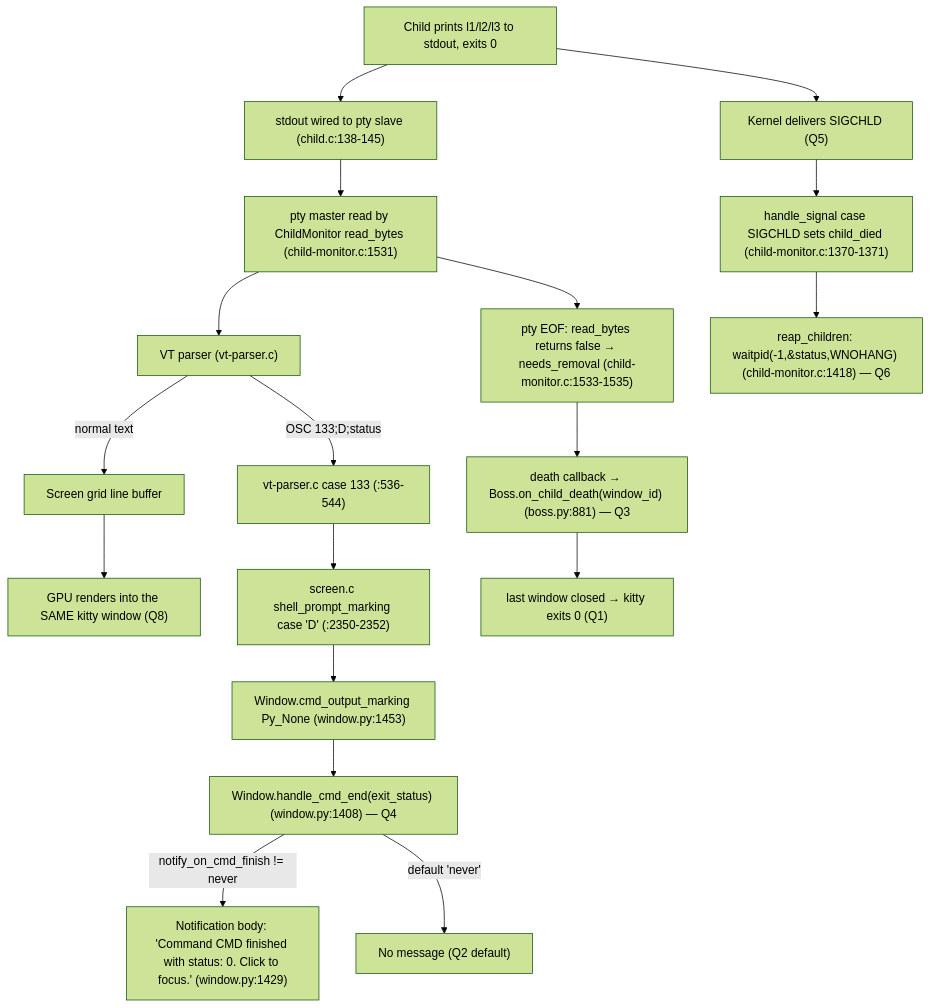
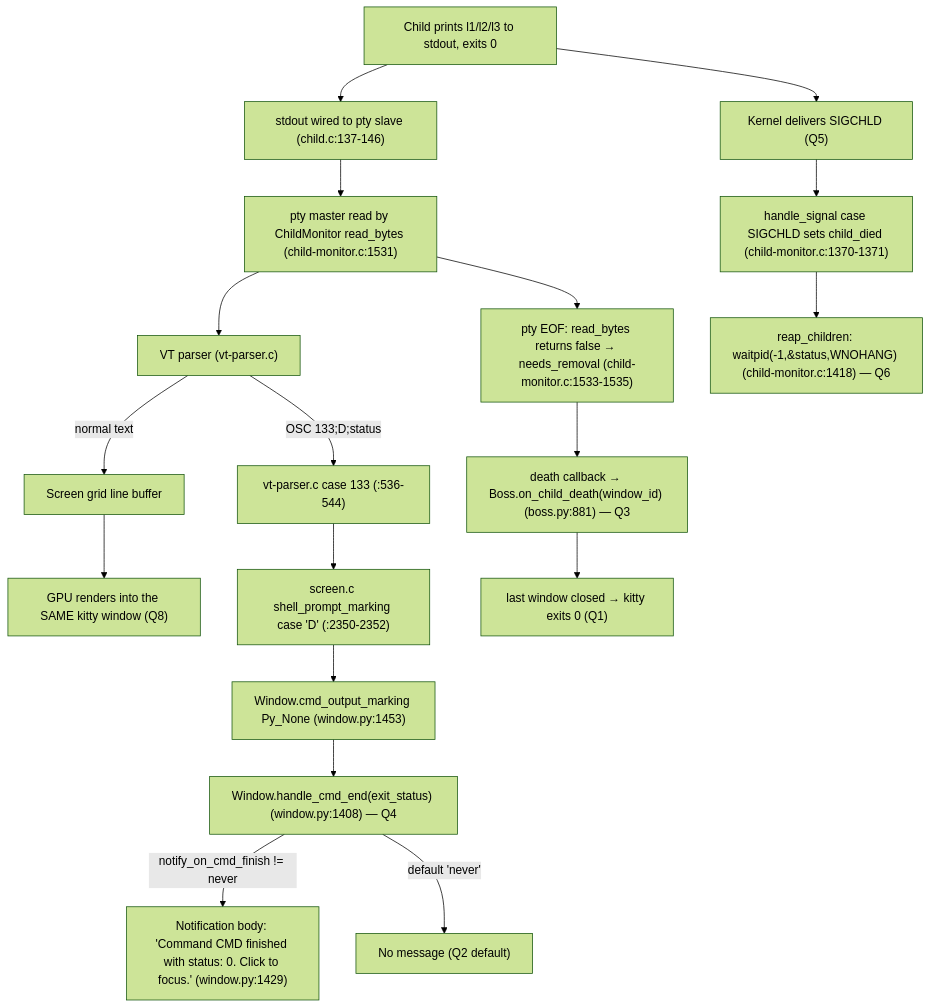
One commit to blitzy-research/kitty changed the diagram in blitzy/documentation/kitty_815df1e210e0.md. Above: the diagram before and after it, drawn with Mermaid (forest theme). The commit also changed other lines of this file, not shown here.

First line of the commit message:
docs: address code-review findings on kitty child-process Q&A (exit 0)

````diff
--- a/blitzy/documentation/kitty_815df1e210e0.md
+++ b/blitzy/documentation/kitty_815df1e210e0.md
@@ -696,21 +978,21 @@
 ```mermaid
 graph TD
-    A["Child prints l1/l2/l3 to stdout, exits 0"] --> B["stdout wired to pty slave (child.c:138-145)"]
+    A["Child prints l1/l2/l3 to stdout, exits 0"] --> B["stdout wired to pty slave (child.c:137-146)"]
     B --> C["pty master read by ChildMonitor read_bytes (child-monitor.c:1531)"]
     C --> D["VT parser (vt-parser.c)"]
     D -->|"normal text"| E["Screen grid line buffer"]
     E --> F["GPU renders into the SAME kitty window (Q8)"]
     D -->|"OSC 133;D;status"| G["vt-parser.c case 133 (:536-544)"]
     G --> H["screen.c shell_prompt_marking case 'D' (:2350-2352)"]
     H --> I["Window.cmd_output_marking Py_None (window.py:1453)"]
     I --> J["Window.handle_cmd_end(exit_status) (window.py:1408) — Q4"]
     J -->|"notify_on_cmd_finish != never"| K["Notification body: 'Command CMD finished with status: 0. Click to focus.' (window.py:1429)"]
     J -->|"default 'never'"| Z["No message (Q2 default)"]
 
     A --> L["Kernel delivers SIGCHLD (Q5)"]
     L --> M["handle_signal case SIGCHLD sets child_died (child-monitor.c:1370-1371)"]
     M --> N["reap_children: waitpid(-1,&status,WNOHANG) (child-monitor.c:1418) — Q6"]
     C --> O["pty EOF: read_bytes returns false → needs_removal (child-monitor.c:1533-1535)"]
     O --> P["death callback → Boss.on_child_death(window_id) (boss.py:881) — Q3"]
     P --> Q["last window closed → kitty exits 0 (Q1)"]
 ```
````
